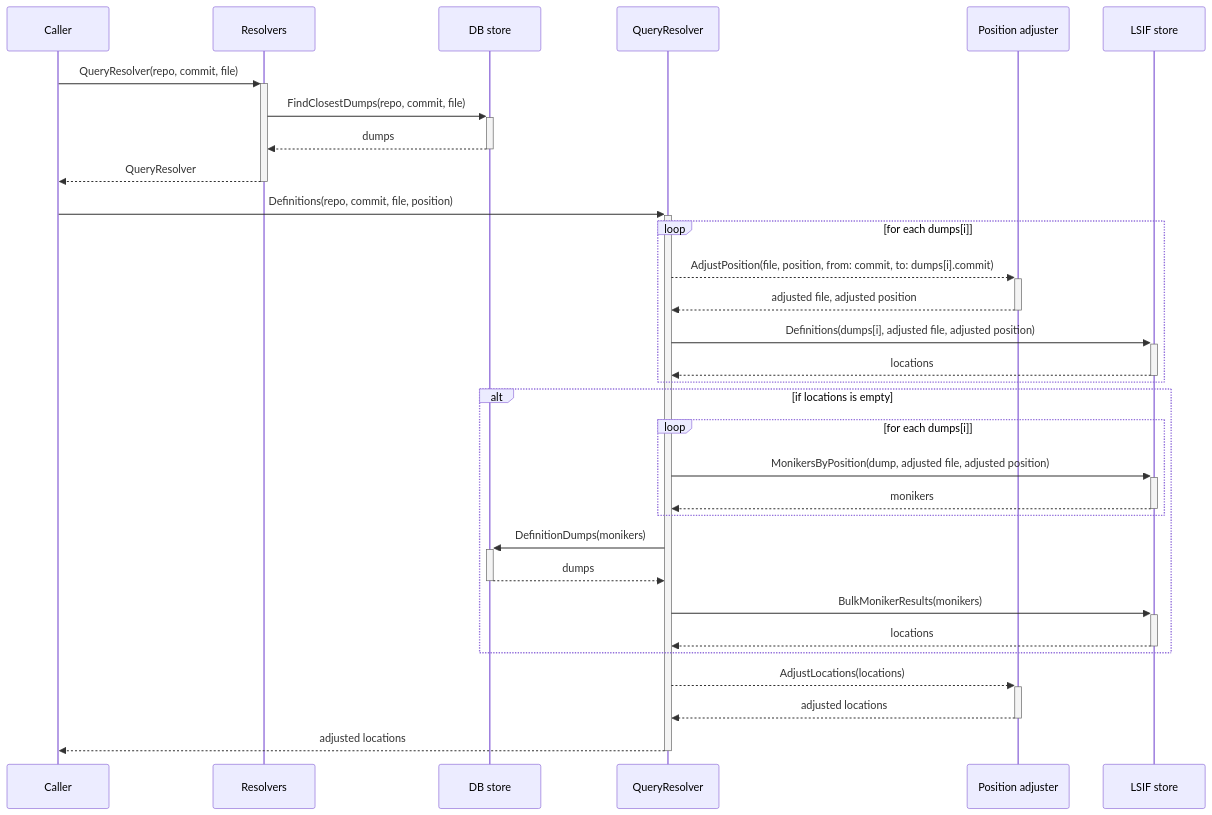
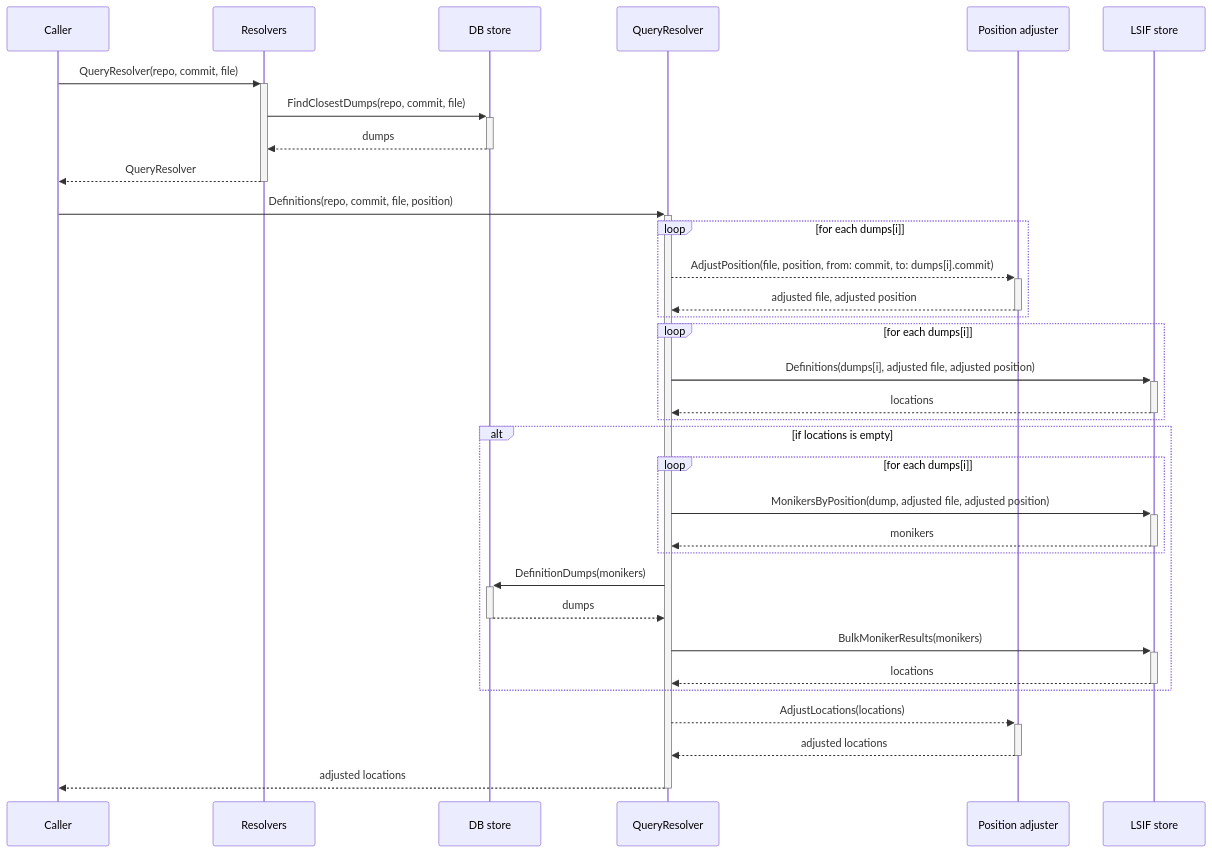
One commit to sourcegraph/sourcegraph-public-snapshot changed the diagram in doc/dev/background-information/codeintel/diagrams/definitions.mermaid. Above: the diagram before and after it, drawn with Mermaid. The commit also changed 6 other files, not shown here.

Commit message:
Update diagrams.

```diff
--- a/doc/dev/background-information/codeintel/diagrams/definitions.mermaid
+++ b/doc/dev/background-information/codeintel/diagrams/definitions.mermaid
@@ -1,30 +1,33 @@
 sequenceDiagram
   Caller          ->>+ Resolvers: QueryResolver(repo, commit, file)
   Resolvers       ->>+ DB store: FindClosestDumps(repo, commit, file)
   DB store       -->>- Resolvers: dumps
   Resolvers      -->>- Caller: QueryResolver
   Caller          ->>+ QueryResolver: Definitions(repo, commit, file, position)
 
   loop for each dumps[i]
     QueryResolver     -->>+ Position adjuster: AdjustPosition(file, position, from: commit, to: dumps[i].commit)
     Position adjuster -->>- QueryResolver: adjusted file, adjusted position
+  end
+
+  loop for each dumps[i]
     QueryResolver      ->>+ LSIF store: Definitions(dumps[i], adjusted file, adjusted position)
     LSIF store        -->>- QueryResolver: locations
   end
 
   alt if locations is empty
     loop for each dumps[i]
       QueryResolver    ->>+ LSIF store: MonikersByPosition(dump, adjusted file, adjusted position)
       LSIF store      -->>- QueryResolver: monikers
     end
 
     QueryResolver    ->>+ DB store: DefinitionDumps(monikers)
     DB store        -->>- QueryResolver: dumps
 
     QueryResolver    ->>+ LSIF store: BulkMonikerResults(monikers)
     LSIF store      -->>- QueryResolver: locations
   end
 
   QueryResolver     -->>+ Position adjuster: AdjustLocations(locations)
   Position adjuster -->>- QueryResolver: adjusted locations
   QueryResolver     -->>- Caller: adjusted locations
```
